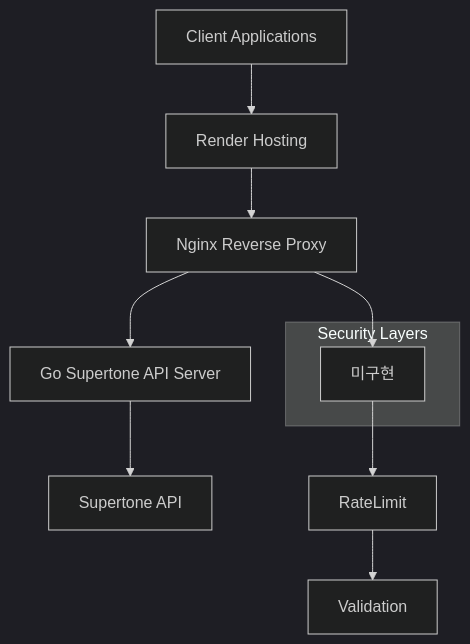
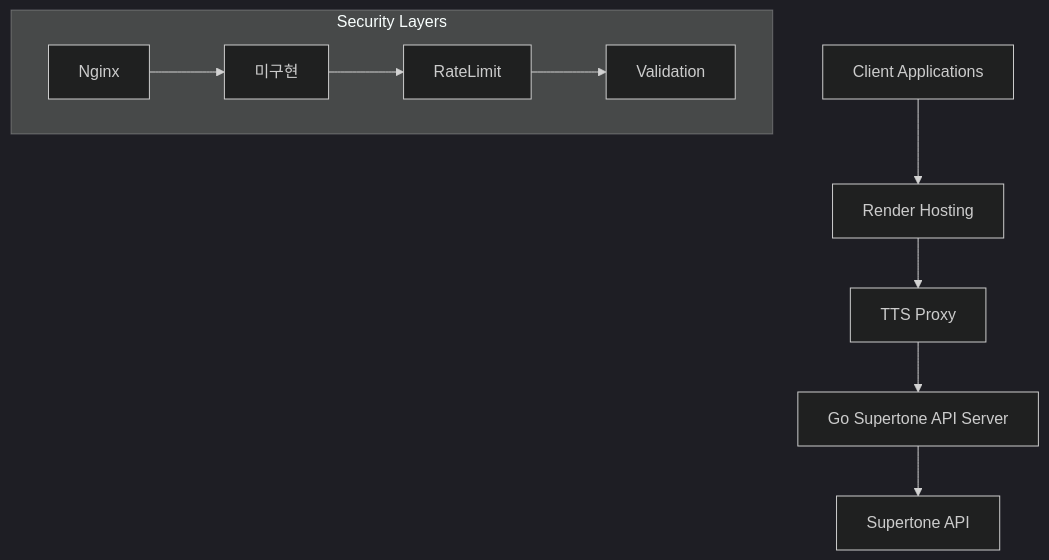
One commit to 8848man/supertone_api changed the diagram in README.md. Above: the diagram before and after it, drawn with Mermaid (dark theme).

````diff
--- a/README.md
+++ b/README.md
@@ -19,14 +19,14 @@
 ```mermaid
 graph TB
-    Client[Client Applications] --> Hosting[Render Hosting] --> Nginx[Nginx Reverse Proxy]
-    Nginx --> API[Go Supertone API Server]
+    Client[Client Applications] --> Hosting[Render Hosting] --> Proxy[TTS Proxy]
+    Proxy --> API[Go Supertone API Server]
     API --> Supertone[Supertone API]
     
     subgraph "Security Layers"
         Auth[미구현]
-    end
     
     Nginx --> Auth
     Auth --> RateLimit
     RateLimit --> Validation
+    end
 ```
````
